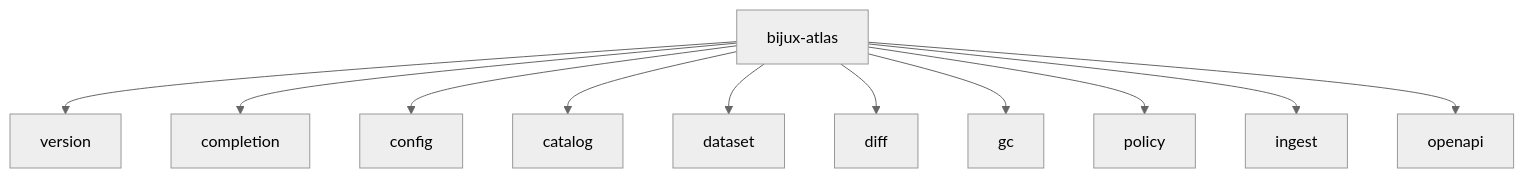
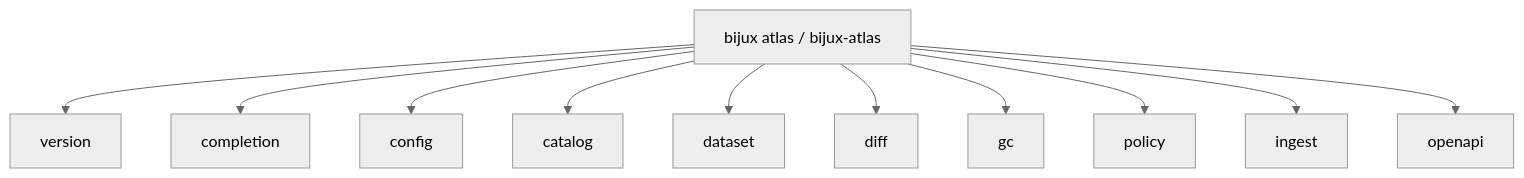
Before and after one commit to bijux/bijux-atlas: the first of 2 diagrams in docs/07-reference/command-surface.md, drawn with Mermaid (neutral theme). The commit also changed other lines of this file and 5 other files, not shown here.

````diff
--- a/docs/07-reference/command-surface.md
+++ b/docs/07-reference/command-surface.md
@@ -16,13 +19,13 @@
 ```mermaid
 flowchart TD
-    CLI[bijux-atlas] --> Version[version]
+    CLI[bijux atlas / bijux-atlas] --> Version[version]
     CLI --> Completion[completion]
-    CLI[bijux-atlas] --> Config[config]
+    CLI[bijux atlas / bijux-atlas] --> Config[config]
     CLI --> Catalog[catalog]
     CLI --> Dataset[dataset]
     CLI --> Diff[diff]
     CLI --> Gc[gc]
     CLI --> Policy[policy]
     CLI --> Ingest[ingest]
     CLI --> OpenAPI[openapi]
 ```
````
